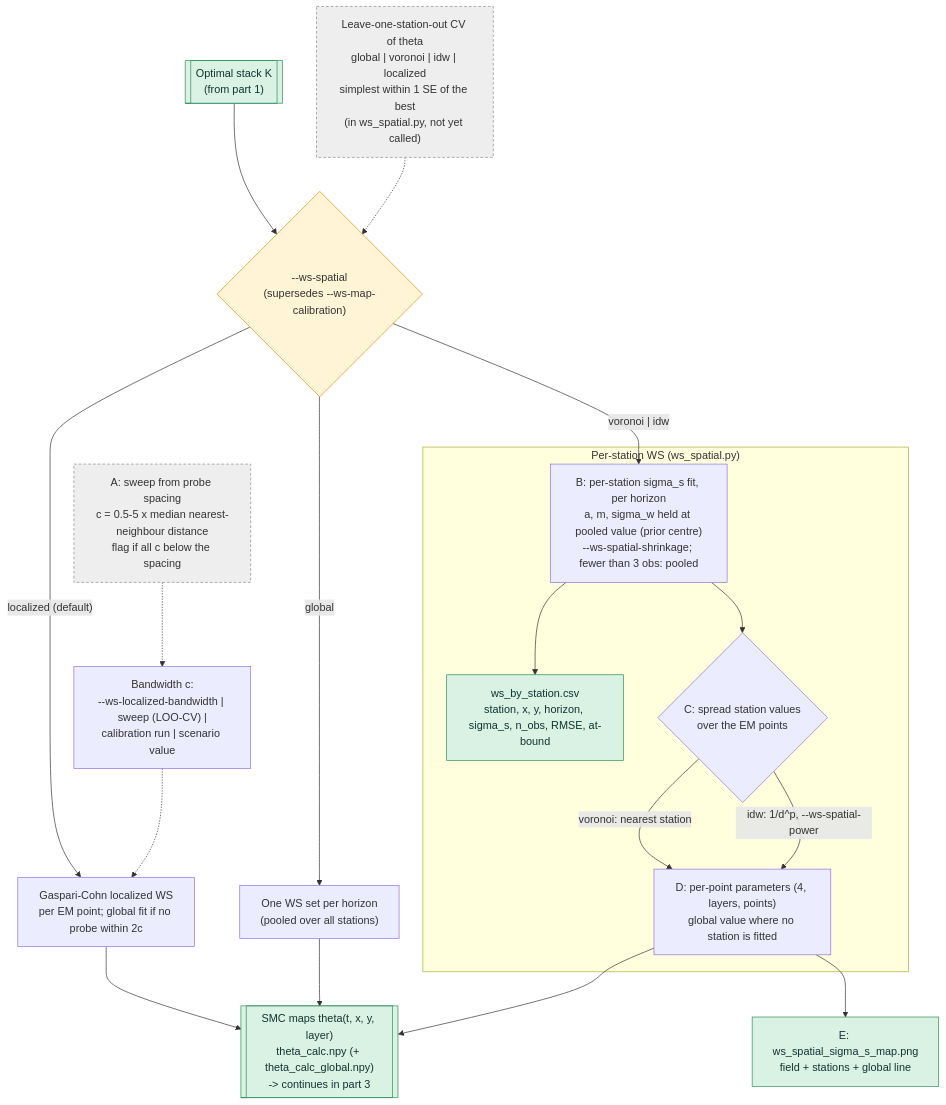
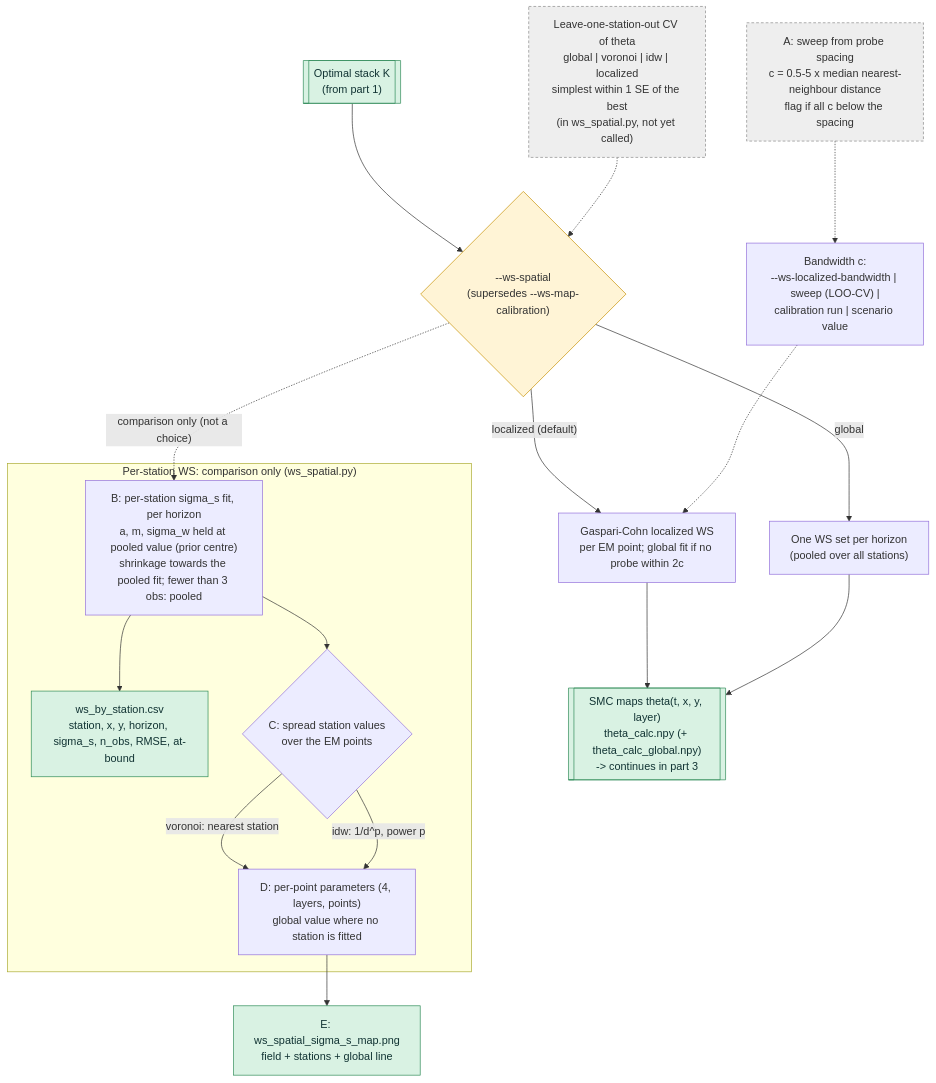
One commit to BenjMy/mfc2_EA-EM_TDR changed the diagram in real_data_to_smc_flowchart_part2_maps_calibration_unit.mmd. Above: the diagram before and after it, drawn with Mermaid. The commit also changed 8 other files, not shown here.

First line of the commit message:
voronoi / idw: comparison-only, no longer --ws-spatial choices (RD0.1)

```diff
--- a/real_data_to_smc_flowchart_part2_maps_calibration_unit.mmd
+++ b/real_data_to_smc_flowchart_part2_maps_calibration_unit.mmd
@@ -1,34 +1,33 @@
 flowchart TD
     %% Part 2/3: calibration unit behind the maps (EC -> theta), from the optimal stack K
     K[["Optimal stack K<br/>(from part 1)"]] --> O_MAP{"--ws-spatial<br/>(supersedes --ws-map-calibration)"}
 
     O_MAP -- "global" --> M2["One WS set per horizon<br/>(pooled over all stations)"]
     O_MAP -- "localized (default)" --> M1["Gaspari-Cohn localized WS<br/>per EM point; global fit if no probe within 2c"]
-    O_MAP -- "voronoi | idw" --> B1
+    O_MAP -. "comparison only (not a choice)" .-> B1
 
     BW["Bandwidth c:<br/>--ws-localized-bandwidth | sweep (LOO-CV) |<br/>calibration run | scenario value"] -.-> M1
     SWA["A: sweep from probe spacing<br/>c = 0.5-5 x median nearest-neighbour distance<br/>flag if all c below the spacing"] -.-> BW
 
-    subgraph ST["Per-station WS (ws_spatial.py)"]
-        B1["B: per-station sigma_s fit, per horizon<br/>a, m, sigma_w held at pooled value (prior centre)<br/>--ws-spatial-shrinkage; fewer than 3 obs: pooled"]
+    subgraph ST["Per-station WS: comparison only (ws_spatial.py)"]
+        B1["B: per-station sigma_s fit, per horizon<br/>a, m, sigma_w held at pooled value (prior centre)<br/>shrinkage towards the pooled fit; fewer than 3 obs: pooled"]
         B1 --> B2["ws_by_station.csv<br/>station, x, y, horizon, sigma_s, n_obs, RMSE, at-bound"]
         B1 --> C1{"C: spread station values<br/>over the EM points"}
         C1 -- "voronoi: nearest station" --> D1
-        C1 -- "idw: 1/d^p, --ws-spatial-power" --> D1
+        C1 -- "idw: 1/d^p, power p" --> D1
         D1["D: per-point parameters (4, layers, points)<br/>global value where no station is fitted"]
     end
 
     LOSO["Leave-one-station-out CV of theta<br/>global | voronoi | idw | localized<br/>simplest within 1 SE of the best<br/>(in ws_spatial.py, not yet called)"] -.-> O_MAP
 
     D1 --> E1["E: ws_spatial_sigma_s_map.png<br/>field + stations + global line"]
     M1 --> SMC
     M2 --> SMC
-    D1 --> SMC
     SMC[["SMC maps theta(t, x, y, layer)<br/>theta_calc.npy (+ theta_calc_global.npy)<br/>-> continues in part 3"]]
 
     classDef opt fill:#fff4d6,stroke:#c79100,color:#333;
     classDef todo fill:#eeeeee,stroke:#888,stroke-dasharray: 4 3,color:#333;
     classDef out fill:#d9f2e3,stroke:#2e8b57,color:#133;
     class O_MAP opt;
     class SMC,B2,E1,K out;
     class SWA,LOSO todo;
```
